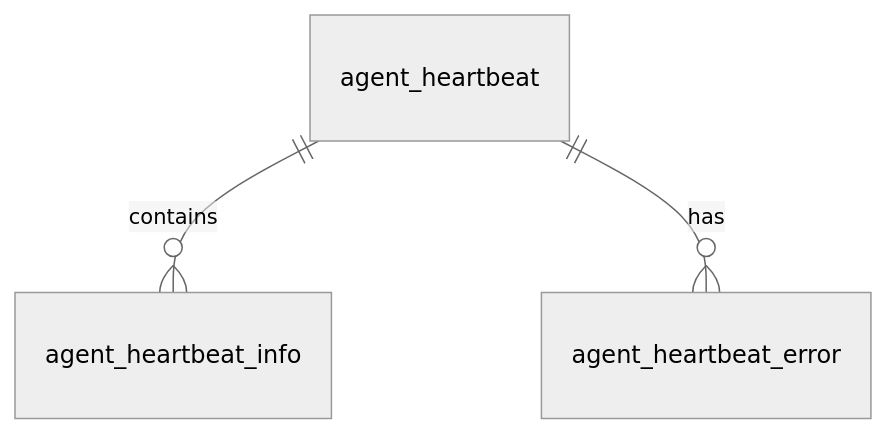
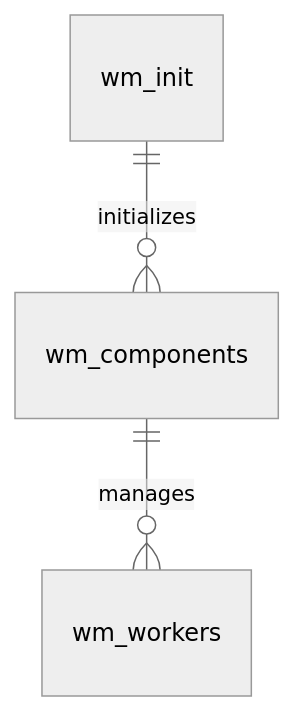
Before and after one commit to dmwm/wmcoredb: the fifth of 9 diagrams in diagrams/wmcoredb_erd.md, drawn with Mermaid (neutral theme). The commit also changed other lines of this file and 2 other files, not shown here.

Commit message:
docs: update ERDs; provide summary of MariaDB schema

````diff
--- a/diagrams/wmcoredb_erd.md
+++ b/diagrams/wmcoredb_erd.md
@@ -82,5 +80,5 @@
 ```mermaid
 erDiagram
-    agent_heartbeat ||--o{ agent_heartbeat_info : "contains"
-    agent_heartbeat ||--o{ agent_heartbeat_error : "has"
+    wm_init ||--o{ wm_components : "initializes"
+    wm_components ||--o{ wm_workers : "manages"
 ```
````
